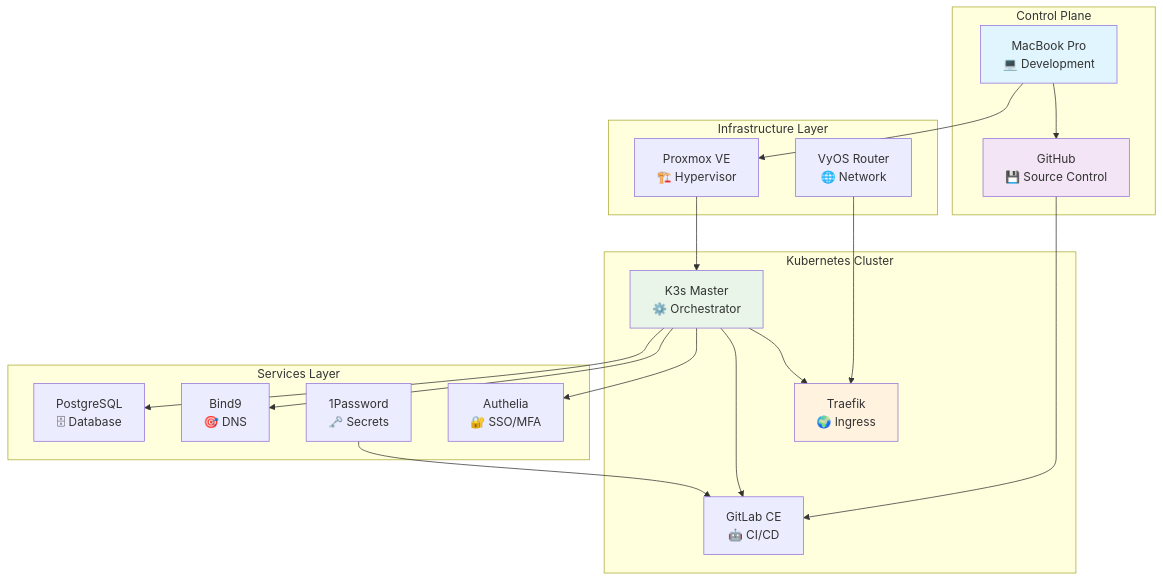
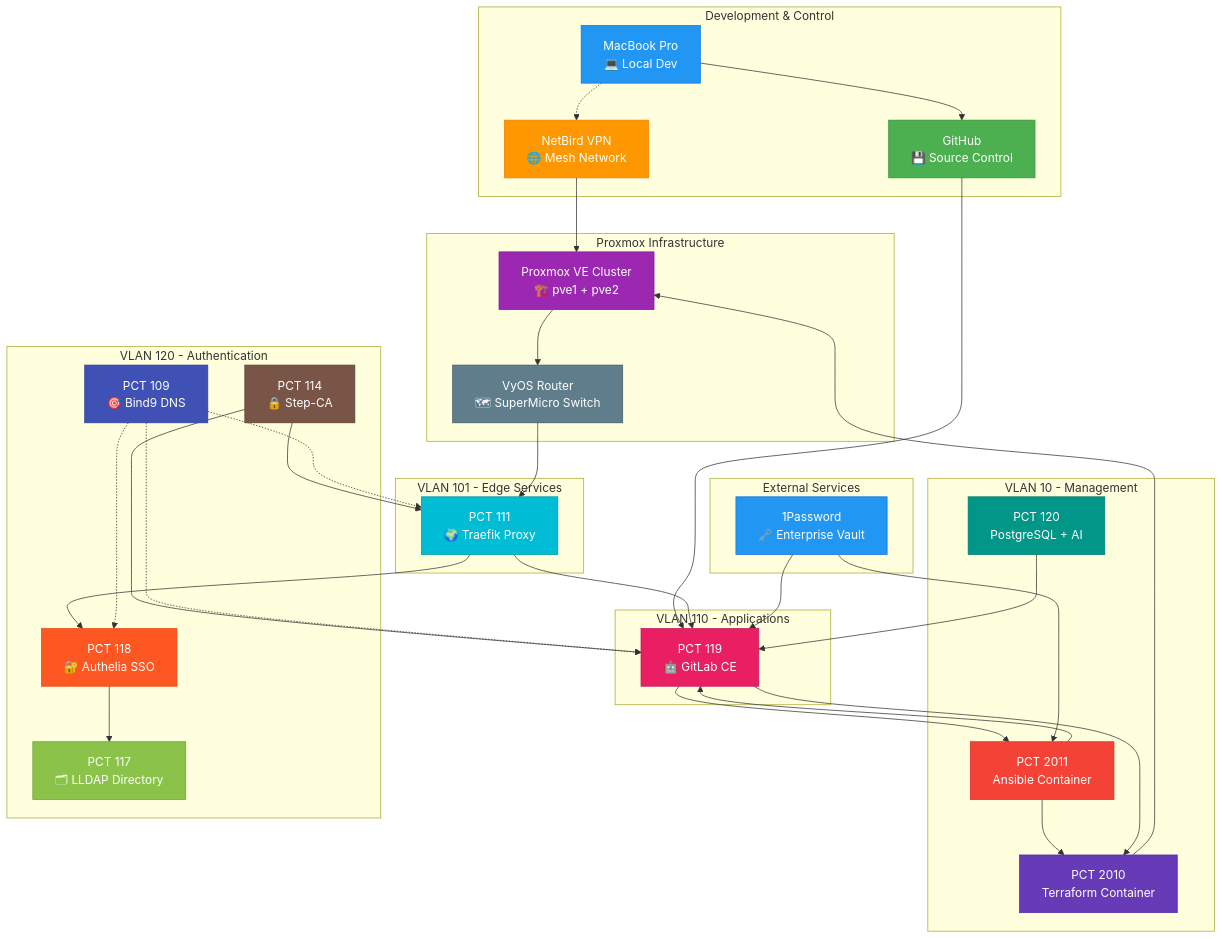
The first of 2 diagrams in README.md (cgroovertech/groover.life), drawn with Mermaid before and after one commit. The commit also changed other lines of this file, not shown here.

Commit message:
enhance: add comprehensive infrastructure diagrams with better colors
- Fix Mermaid diagram colors - replace white fills with colorful, high-contrast styles
- Add detailed VLAN network architecture diagram showing all PCT containers
- Include NetBird VPN, SuperMicro switch, and complete service topology
- Add production infrastructure metrics with actual service counts
- Visual representation now matches bone.hive documentation exactly

````diff
--- a/README.md
+++ b/README.md
@@ -20,42 +20,80 @@
 ```mermaid
 graph TB
-    subgraph "Control Plane"
-        Mac["MacBook Pro<br/>💻 Development"]
+    subgraph "Development & Control"
+        Mac["MacBook Pro<br/>💻 Local Dev"]
         Git["GitHub<br/>💾 Source Control"]
+        NetBird["NetBird VPN<br/>🌐 Mesh Network"]
     end
     
-    subgraph "Infrastructure Layer"
-        Proxmox["Proxmox VE<br/>🏗️ Hypervisor"]
-        Net["VyOS Router<br/>🌐 Network"]
+    subgraph "Proxmox Infrastructure"
+        Proxmox["Proxmox VE Cluster<br/>🏗️ pve1 + pve2"]
+        VyOS["VyOS Router<br/>🗺 SuperMicro Switch"]
     end
     
-    subgraph "Kubernetes Cluster"
-        K3s["K3s Master<br/>⚙️ Orchestrator"]
-        Traefik["Traefik<br/>🌍 Ingress"]
-        GitLab["GitLab CE<br/>🤖 CI/CD"]
+    subgraph "VLAN 10 - Management"
+        Terraform["PCT 2010<br/>Terraform Container"]
+        Ansible["PCT 2011<br/>Ansible Container"]
+        Postgres["PCT 120<br/>PostgreSQL + AI"]
     end
     
-    subgraph "Services Layer"
-        Auth["Authelia<br/>🔐 SSO/MFA"]
-        DNS["Bind9<br/>🎯 DNS"]
-        Vault["1Password<br/>🗝️ Secrets"]
-        DB["PostgreSQL<br/>🗄 Database"]
+    subgraph "VLAN 101 - Edge Services"
+        Traefik["PCT 111<br/>🌍 Traefik Proxy"]
     end
     
+    subgraph "VLAN 110 - Applications"
+        GitLab["PCT 119<br/>🤖 GitLab CE"]
+    end
+    
+    subgraph "VLAN 120 - Authentication"
+        Bind9["PCT 109<br/>🎯 Bind9 DNS"]
+        StepCA["PCT 114<br/>🔒 Step-CA"]
+        LLDAP["PCT 117<br/>🗂 LLDAP Directory"]
+        Authelia["PCT 118<br/>🔐 Authelia SSO"]
+    end
+    
+    subgraph "External Services"
+        OnePass["1Password<br/>🗝️ Enterprise Vault"]
+    end
+    
+    Mac -.-> NetBird
+    NetBird --> Proxmox
     Mac --> Git
     Git --> GitLab
-    Mac --> Proxmox
-    Proxmox --> K3s
-    Net --> Traefik
-    K3s --> Traefik
-    K3s --> GitLab
-    K3s --> Auth
-    K3s --> DNS
-    K3s --> DB
-    Vault --> GitLab
+    Proxmox --> VyOS
+    VyOS --> Traefik
     
-    style Mac fill:#e1f5fe
-    style Git fill:#f3e5f5
-    style K3s fill:#e8f5e8
-    style Traefik fill:#fff3e0
+    Terraform --> Proxmox
+    Ansible --> Terraform
+    Ansible --> GitLab
+    GitLab --> Terraform
+    GitLab --> Ansible
+    
+    Traefik --> GitLab
+    Traefik --> Authelia
+    Authelia --> LLDAP
+    StepCA --> Traefik
+    StepCA --> GitLab
+    Bind9 -.-> Authelia
+    Bind9 -.-> GitLab
+    Bind9 -.-> Traefik
+    
+    OnePass --> GitLab
+    OnePass --> Ansible
+    Postgres --> GitLab
+    
+    style Mac fill:#2196f3,stroke:#1976d2,color:#fff
+    style Git fill:#4caf50,stroke:#388e3c,color:#fff
+    style NetBird fill:#ff9800,stroke:#f57c00,color:#fff
+    style Proxmox fill:#9c27b0,stroke:#7b1fa2,color:#fff
+    style VyOS fill:#607d8b,stroke:#455a64,color:#fff
+    style Traefik fill:#00bcd4,stroke:#0097a7,color:#fff
+    style GitLab fill:#e91e63,stroke:#c2185b,color:#fff
+    style Bind9 fill:#3f51b5,stroke:#303f9f,color:#fff
+    style StepCA fill:#795548,stroke:#5d4037,color:#fff
+    style LLDAP fill:#8bc34a,stroke:#689f38,color:#fff
+    style Authelia fill:#ff5722,stroke:#e64a19,color:#fff
+    style OnePass fill:#2196f3,stroke:#1976d2,color:#fff
+    style Terraform fill:#673ab7,stroke:#512da8,color:#fff
+    style Ansible fill:#f44336,stroke:#d32f2f,color:#fff
+    style Postgres fill:#009688,stroke:#00796b,color:#fff
 ```
````
